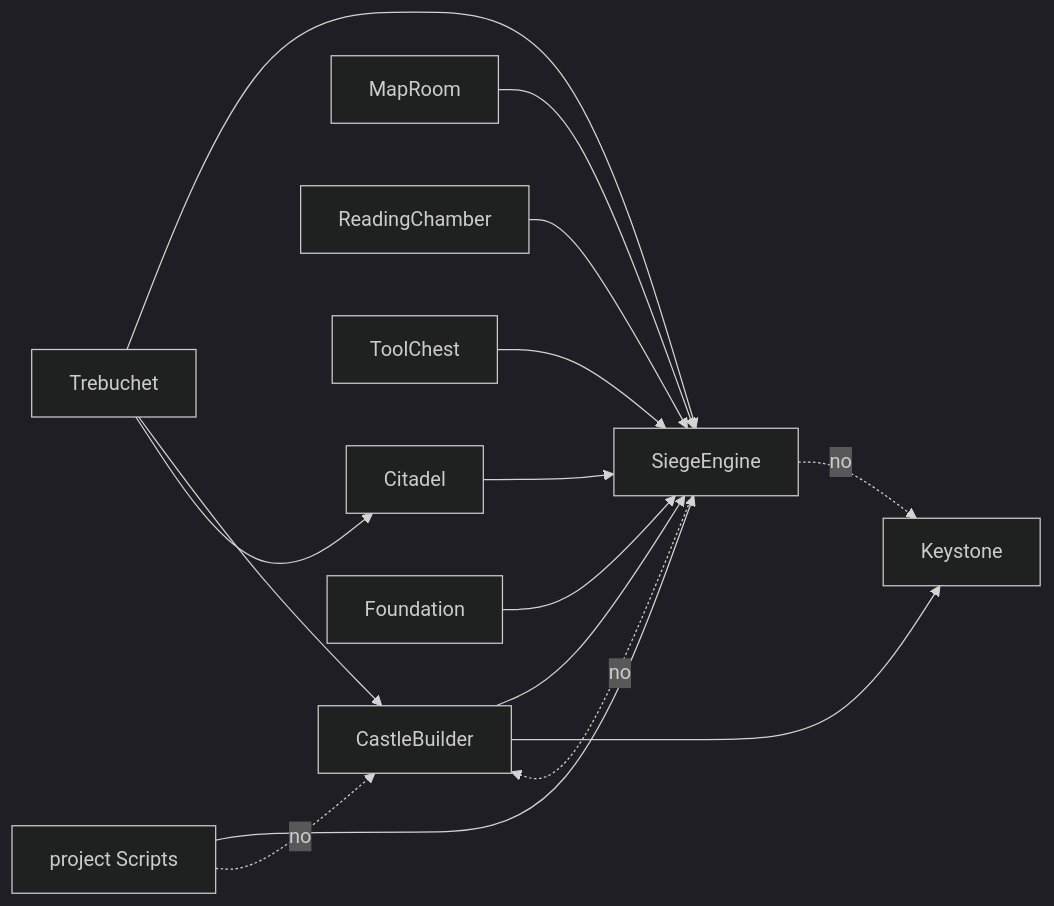
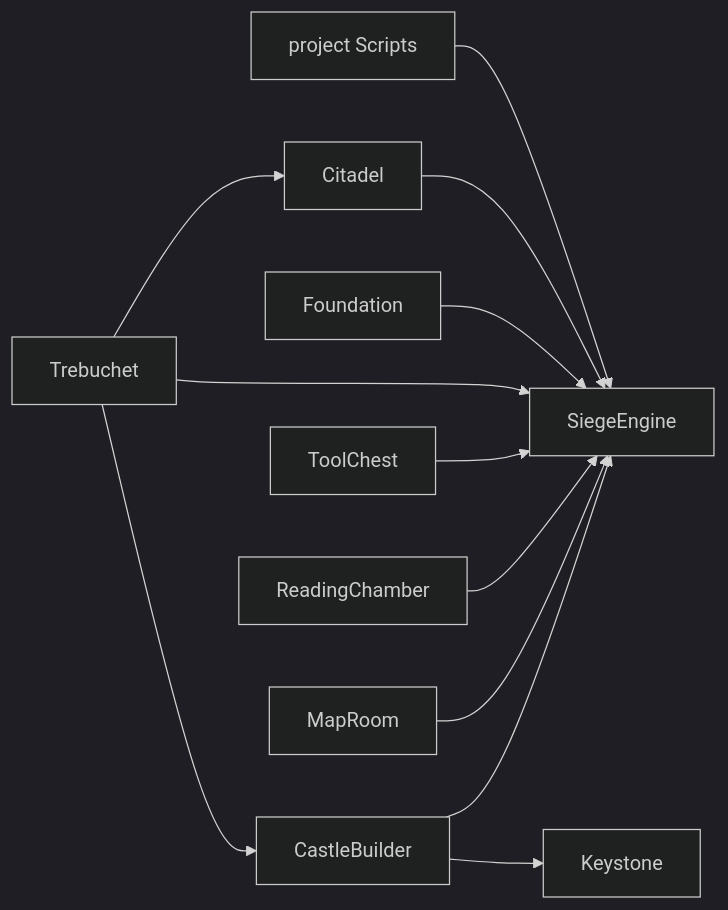
The second of 3 diagrams in docs/BOUNDARIES.md (ireakhavok/Castle), drawn with Mermaid before and after one commit. The commit also changed other lines of this file and 6 other files, not shown here.

````diff
--- a/docs/BOUNDARIES.md
+++ b/docs/BOUNDARIES.md
@@ -28,29 +24,26 @@
 ```mermaid
 %%{init: {'theme':'dark'}}%%
 flowchart LR
   CB[CastleBuilder]
   KS[Keystone]
   MR[MapRoom]
   RC[ReadingChamber]
   TC[ToolChest]
   SE[SiegeEngine]
   CIT[Citadel]
   TR[Trebuchet]
   FD[Foundation]
   PJ[project Scripts]
 
   CB --> SE
   CB --> KS
   MR --> SE
   RC --> SE
   TC --> SE
   TR --> SE
   TR --> CB
   TR --> CIT
   FD --> SE
   CIT --> SE
   PJ --> SE
-  SE -.->|"no"| CB
-  SE -.->|"no"| KS
-  PJ -.->|"no"| CB
 ```
````
